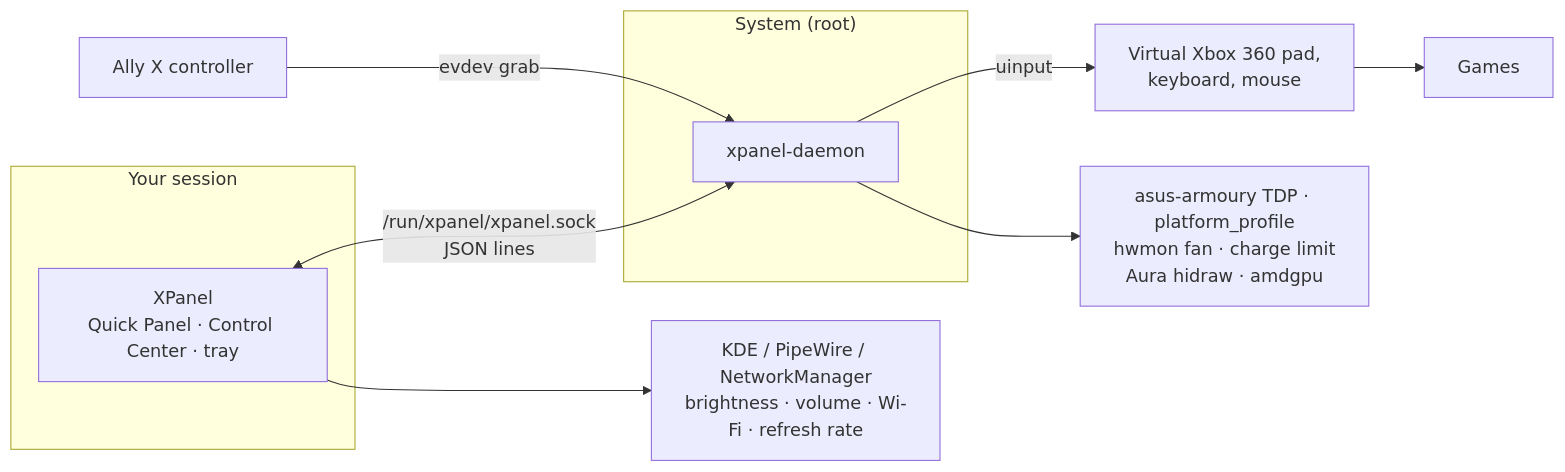
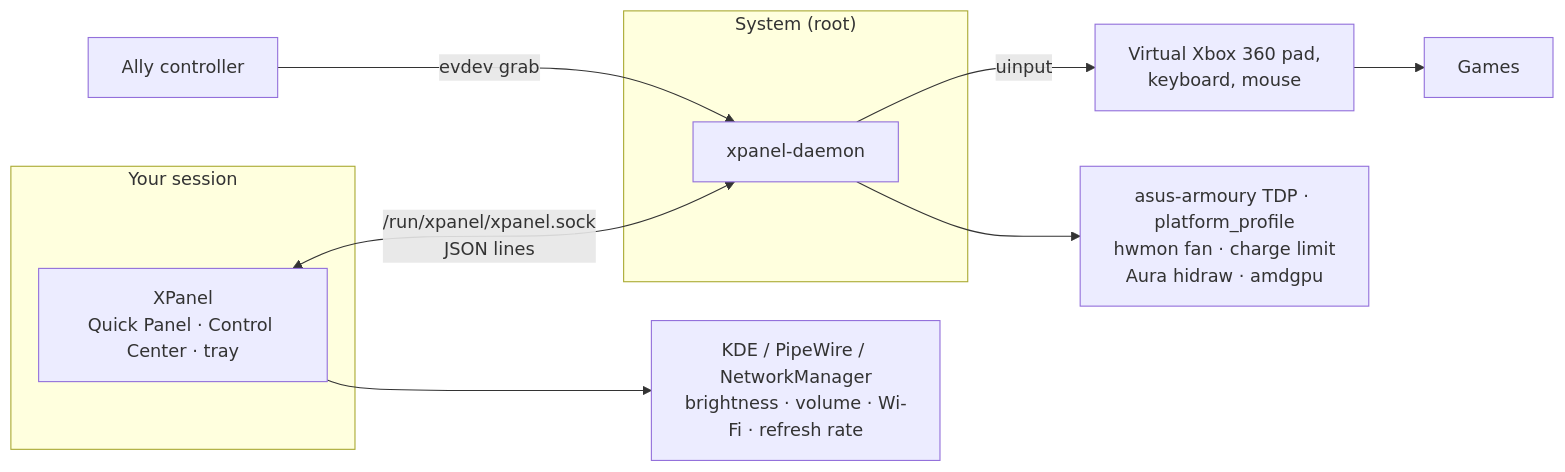
The diagram in README.md (Adhamura/XPanel), drawn with Mermaid before and after one commit. The commit also changed other lines of this file and 32 other files, not shown here.

````diff
--- a/README.md
+++ b/README.md
@@ -210,14 +213,14 @@
 ```mermaid
 flowchart LR
-    pad["Ally X controller"] -->|evdev grab| daemon
+    pad["Ally controller"] -->|evdev grab| daemon
     subgraph user ["Your session"]
         app["XPanel<br/>Quick Panel · Control Center · tray"]
     end
     subgraph root ["System (root)"]
         daemon["xpanel-daemon"]
     end
     app <-->|"/run/xpanel/xpanel.sock<br/>JSON lines"| daemon
     daemon -->|uinput| vpad["Virtual Xbox 360 pad,<br/>keyboard, mouse"] --> games["Games"]
     daemon --> hw["asus-armoury TDP · platform_profile<br/>hwmon fan · charge limit<br/>Aura hidraw · amdgpu"]
     app --> kde["KDE / PipeWire / NetworkManager<br/>brightness · volume · Wi-Fi · refresh rate"]
 ```
````
